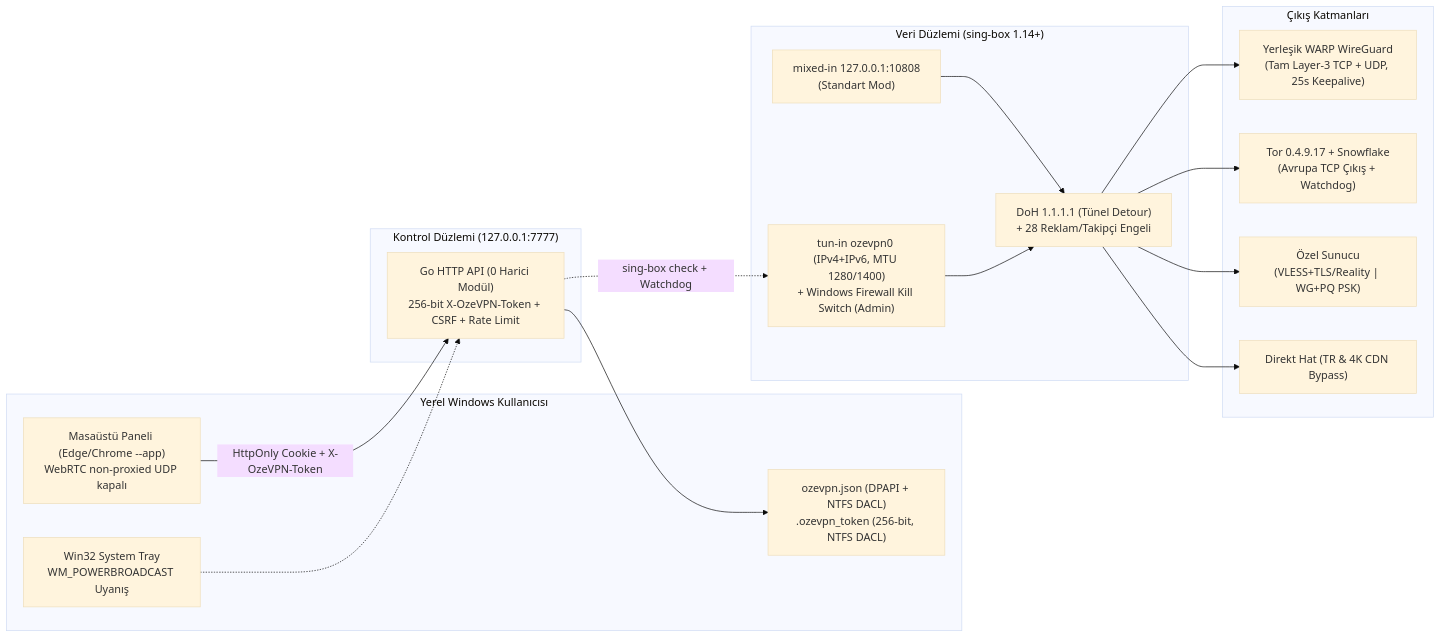
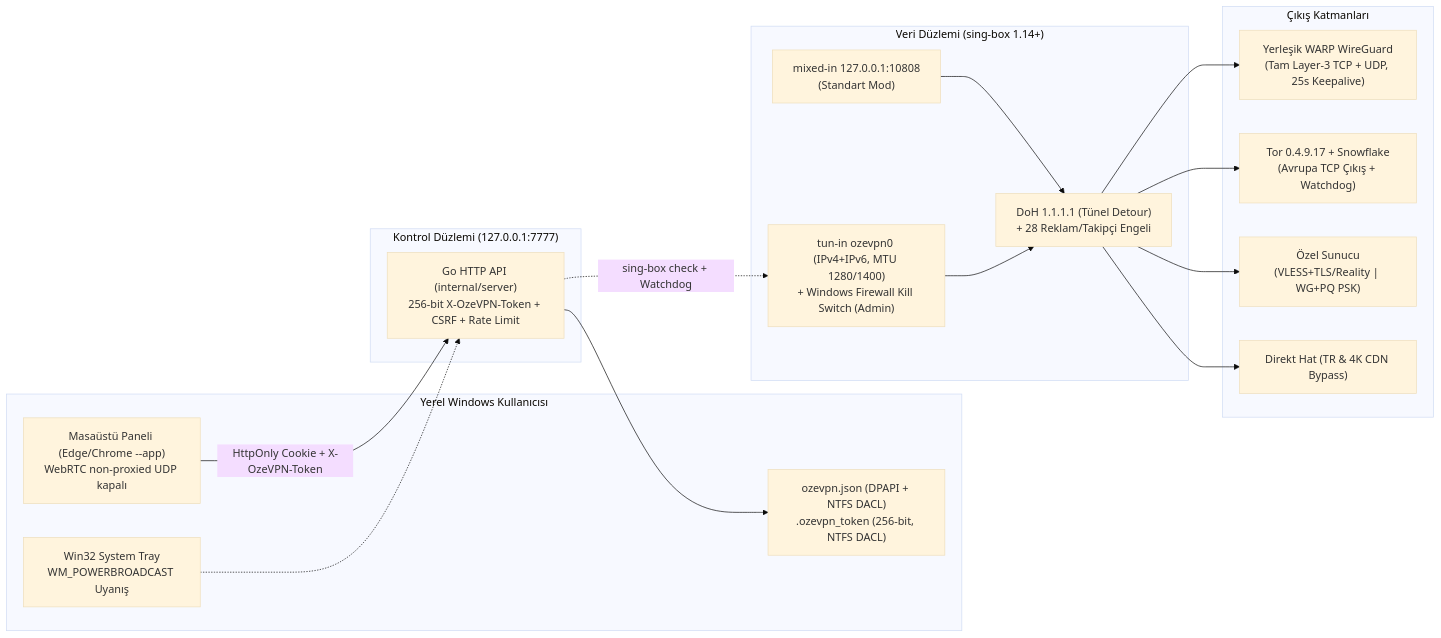
Before and after one commit to KeremKalyoncu/ozevpn: the diagram in README.md, drawn with Mermaid (base theme). The commit also changed other lines of this file and 18 other files, not shown here.

````diff
--- a/README.md
+++ b/README.md
@@ -41,36 +70,36 @@
 ```mermaid
 flowchart LR
     subgraph User["Yerel Windows Kullanıcısı"]
         UI["Masaüstü Paneli (Edge/Chrome --app)\nWebRTC non-proxied UDP kapalı"]
         TRAY["Win32 System Tray\nWM_POWERBROADCAST Uyanış"]
         CFG["ozevpn.json (DPAPI + NTFS DACL)\n.ozevpn_token (256-bit, NTFS DACL)"]
     end
 
     subgraph Control["Kontrol Düzlemi (127.0.0.1:7777)"]
-        API["Go HTTP API (0 Harici Modül)\n256-bit X-OzeVPN-Token + CSRF + Rate Limit"]
+        API["Go HTTP API (internal/server)\n256-bit X-OzeVPN-Token + CSRF + Rate Limit"]
     end
 
     subgraph Data["Veri Düzlemi (sing-box 1.14+)"]
         PROXY["mixed-in 127.0.0.1:10808\n(Standart Mod)"]
         TUN["tun-in ozevpn0 (IPv4+IPv6, MTU 1280/1400)\n+ Windows Firewall Kill Switch (Admin)"]
         DNS["DoH 1.1.1.1 (Tünel Detour)\n+ 28 Reklam/Takipçi Engeli"]
     end
 
     subgraph Exit["Çıkış Katmanları"]
         WARP["Yerleşik WARP WireGuard\n(Tam Layer-3 TCP + UDP, 25s Keepalive)"]
         TOR["Tor 0.4.9.17 + Snowflake\n(Avrupa TCP Çıkış + Watchdog)"]
         CUST["Özel Sunucu\n(VLESS+TLS/Reality | WG+PQ PSK)"]
         DIR["Direkt Hat (TR & 4K CDN Bypass)"]
     end
 
     UI -->|"HttpOnly Cookie + X-OzeVPN-Token"| API
     TRAY -.-> API
     API --> CFG
     API -.->|"sing-box check + Watchdog"| TUN
     PROXY --> DNS
     TUN --> DNS
     DNS --> WARP
     DNS --> TOR
     DNS --> CUST
     DNS --> DIR
 ```
````
